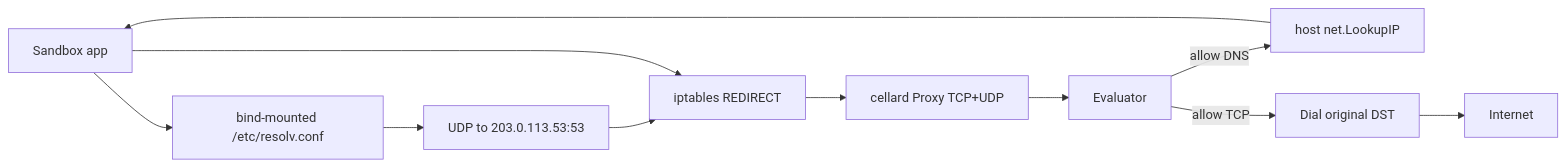
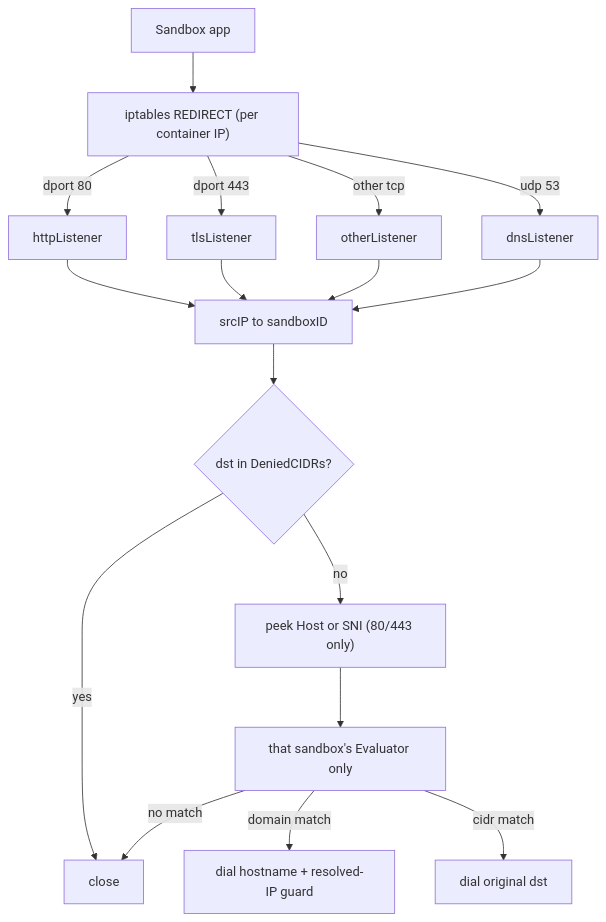
The diagram in internal/egress/README.md (prodioslabs/cellar), drawn with Mermaid before and after one commit. The commit also changed other lines of this file and 16 other files, not shown here.

````diff
--- a/internal/egress/README.md
+++ b/internal/egress/README.md
@@ -9,13 +9,21 @@
 ```mermaid
-flowchart LR
-  App[Sandbox app] --> Mount["bind-mounted /etc/resolv.conf"]
-  Mount --> Bait["UDP to 203.0.113.53:53"]
-  Bait --> Iptables["iptables REDIRECT"]
-  App --> Iptables
-  Iptables --> Proxy["cellard Proxy TCP+UDP"]
-  Proxy --> Policy[Evaluator]
-  Policy -->|allow DNS| HostDNS["host net.LookupIP"]
-  Policy -->|allow TCP| Dial["Dial original DST"]
-  Dial --> Internet
-  HostDNS --> App
+flowchart TB
+  App["Sandbox app"] --> Iptables["iptables REDIRECT (per container IP)"]
+  Iptables -->|"dport 80"| HTTPL["httpListener"]
+  Iptables -->|"dport 443"| TLSL["tlsListener"]
+  Iptables -->|"other tcp"| OTHL["otherListener"]
+  Iptables -->|"udp 53"| UDPL["dnsListener"]
+
+  HTTPL --> Ident
+  TLSL --> Ident
+  OTHL --> Ident
+  UDPL --> Ident
+
+  Ident["srcIP to sandboxID"] --> Deny{"dst in DeniedCIDRs?"}
+  Deny -->|yes| Drop["close"]
+  Deny -->|no| Peek["peek Host or SNI (80/443 only)"]
+  Peek --> Eval["that sandbox's Evaluator only"]
+  Eval -->|"domain match"| DialHost["dial hostname + resolved-IP guard"]
+  Eval -->|"cidr match"| DialIP["dial original dst"]
+  Eval -->|"no match"| Drop
 ```
````
